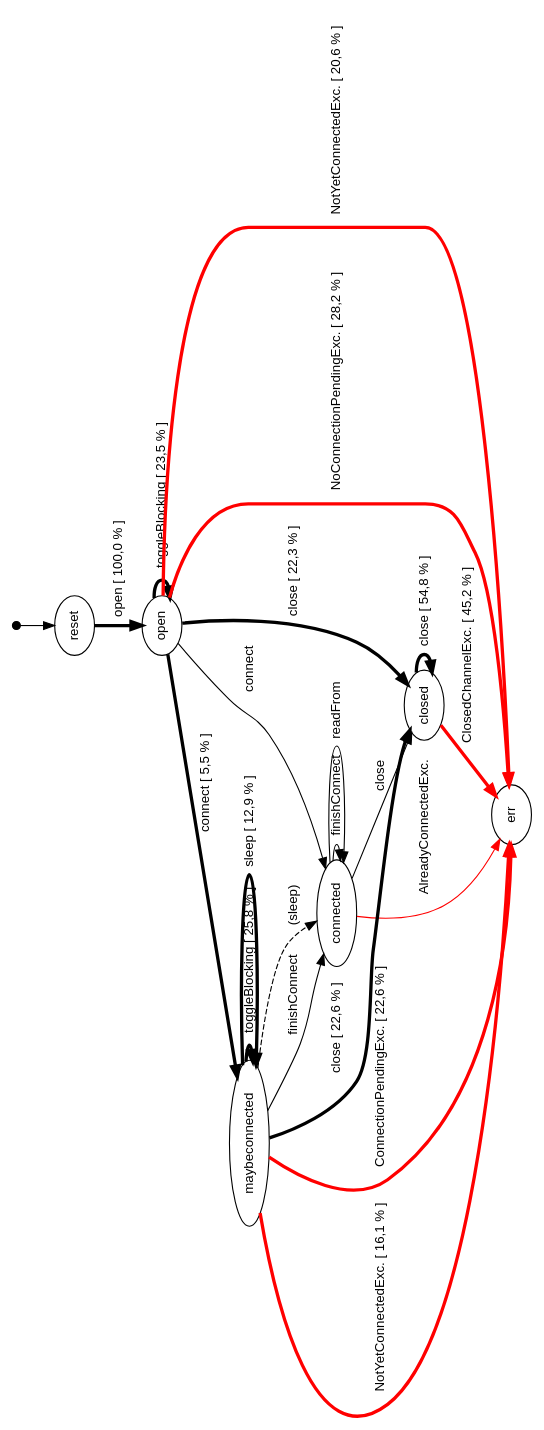
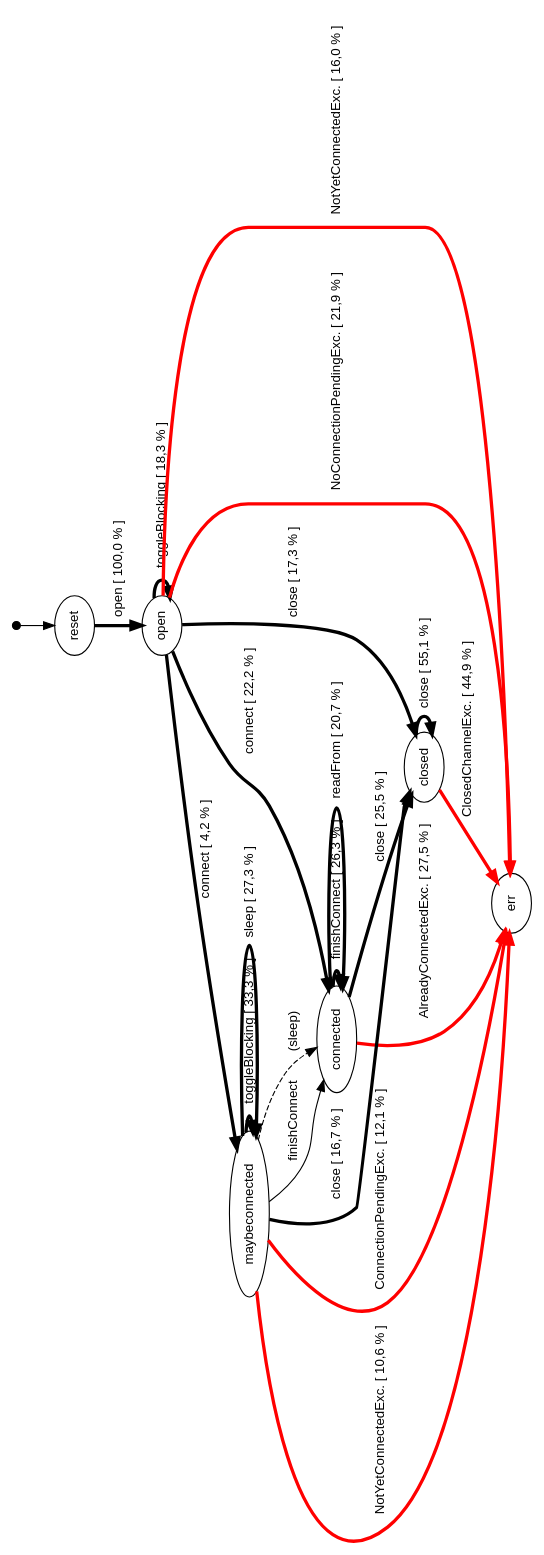
Before and after one commit to cyrille-artho/modbat: the diagram in cov_500-p0.dot, drawn with Graphviz. The commit also changed 8 other files, not shown here.

```diff
--- a/cov_500-p0.dot
+++ b/cov_500-p0.dot
@@ -1,28 +1,28 @@
 digraph model {
   orientation = landscape;
   graph [ rankdir = "TB", ranksep="0.4", nodesep="0.2" ];
   node [ fontname = "Helvetica", fontsize="12.0", margin="0.07" ];
   edge [ fontname = "Helvetica", fontsize="12.0", margin="0.05" ];
   "" [ shape = "point", height="0.1" ];
   "" -> reset
   reset	-> open [ label = " open \[ 100,0 % \]" penwidth = "3.0" ];
-  open	-> open [ label = " toggleBlocking \[ 23,5 % \]" penwidth = "3.0" ];
-  open	-> connected [ label = " connect " ];
-  open	-> maybeconnected [ label = " connect \[ 5,5 % \]" penwidth = "3.0" ];
-  maybeconnected	-> maybeconnected [ label = " toggleBlocking \[ 25,8 % \]" penwidth = "3.0" ];
+  open	-> open [ label = " toggleBlocking \[ 18,3 % \]" penwidth = "3.0" ];
+  open	-> connected [ label = " connect \[ 22,2 % \]" penwidth = "3.0" ];
+  open	-> maybeconnected [ label = " connect \[ 4,2 % \]" penwidth = "3.0" ];
+  maybeconnected	-> maybeconnected [ label = " toggleBlocking \[ 33,3 % \]" penwidth = "3.0" ];
   maybeconnected	-> connected [ label = " finishConnect " ];
-  maybeconnected	-> maybeconnected [ label = " sleep \[ 12,9 % \]" penwidth = "3.0" ];
+  maybeconnected	-> maybeconnected [ label = " sleep \[ 27,3 % \]" penwidth = "3.0" ];
   maybeconnected	-> connected [ label = " (sleep) " style = "dashed" ];
-  open	-> err [ label = " NoConnectionPendingExc. \[ 28,2 % \]" color = "red" penwidth = "3.0" ];
-  maybeconnected	-> err [ label = " ConnectionPendingExc. \[ 22,6 % \]" color = "red" penwidth = "3.0" ];
-  connected	-> err [ label = " AlreadyConnectedExc. " color = "red" ];
-  open	-> err [ label = " NotYetConnectedExc. \[ 20,6 % \]" color = "red" penwidth = "3.0" ];
-  maybeconnected	-> err [ label = " NotYetConnectedExc. \[ 16,1 % \]" color = "red" penwidth = "3.0" ];
-  connected	-> connected [ label = " finishConnect " ];
-  connected	-> connected [ label = " readFrom " ];
-  open	-> closed [ label = " close \[ 22,3 % \]" penwidth = "3.0" ];
-  connected	-> closed [ label = " close " ];
-  maybeconnected	-> closed [ label = " close \[ 22,6 % \]" penwidth = "3.0" ];
-  closed	-> closed [ label = " close \[ 54,8 % \]" penwidth = "3.0" ];
-  closed	-> err [ label = " ClosedChannelExc. \[ 45,2 % \]" color = "red" penwidth = "3.0" ];
+  open	-> err [ label = " NoConnectionPendingExc. \[ 21,9 % \]" color = "red" penwidth = "3.0" ];
+  maybeconnected	-> err [ label = " ConnectionPendingExc. \[ 12,1 % \]" color = "red" penwidth = "3.0" ];
+  connected	-> err [ label = " AlreadyConnectedExc. \[ 27,5 % \]" color = "red" penwidth = "3.0" ];
+  open	-> err [ label = " NotYetConnectedExc. \[ 16,0 % \]" color = "red" penwidth = "3.0" ];
+  maybeconnected	-> err [ label = " NotYetConnectedExc. \[ 10,6 % \]" color = "red" penwidth = "3.0" ];
+  connected	-> connected [ label = " finishConnect \[ 26,3 % \]" penwidth = "3.0" ];
+  connected	-> connected [ label = " readFrom \[ 20,7 % \]" penwidth = "3.0" ];
+  open	-> closed [ label = " close \[ 17,3 % \]" penwidth = "3.0" ];
+  connected	-> closed [ label = " close \[ 25,5 % \]" penwidth = "3.0" ];
+  maybeconnected	-> closed [ label = " close \[ 16,7 % \]" penwidth = "3.0" ];
+  closed	-> closed [ label = " close \[ 55,1 % \]" penwidth = "3.0" ];
+  closed	-> err [ label = " ClosedChannelExc. \[ 44,9 % \]" color = "red" penwidth = "3.0" ];
 }
```
